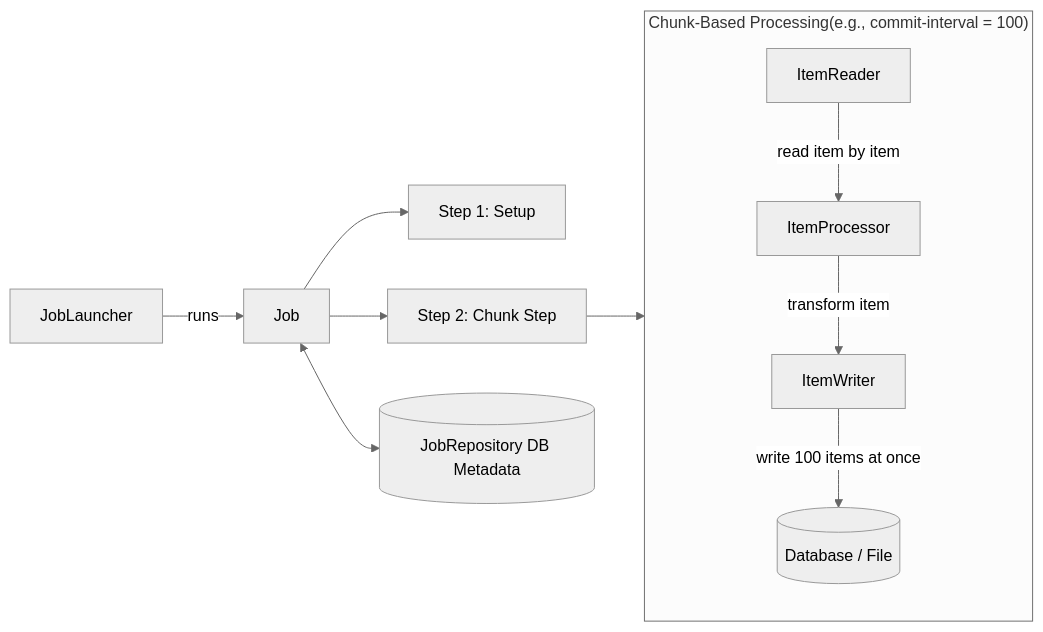
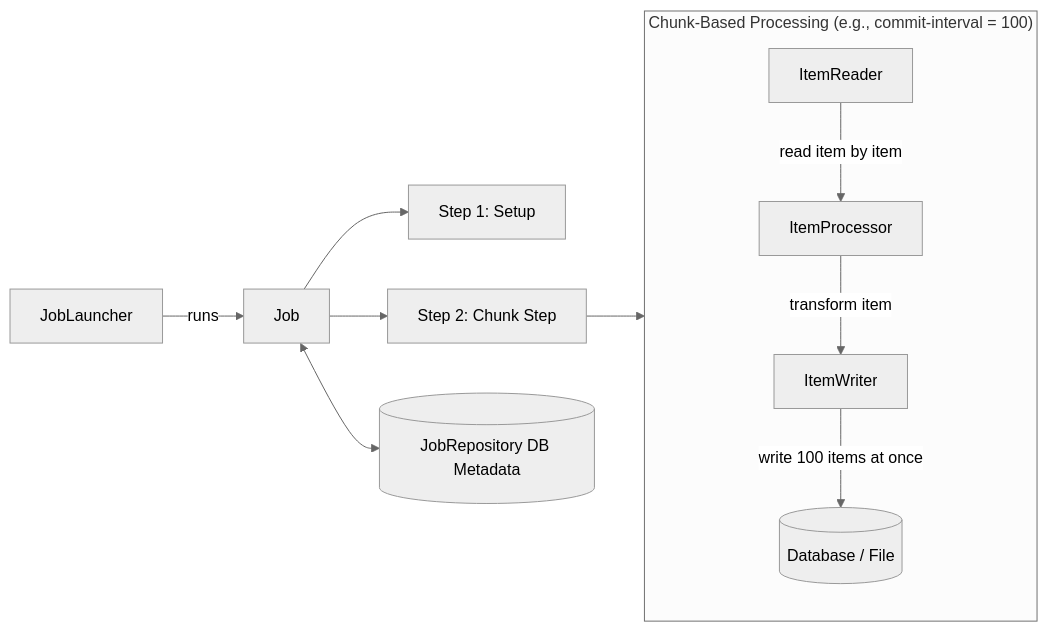
One commit to pploc/swe-icon-the-moment changed the diagram in content/questions/language/java/spring-batch.md. Above: the diagram before and after it, drawn with Mermaid (neutral theme). The commit also changed 95 other files, not shown here.

Commit message:
fix: update the practice mode diagram bug not display

````diff
--- a/content/questions/language/java/spring-batch.md
+++ b/content/questions/language/java/spring-batch.md
@@ -19,18 +19,19 @@
 ```mermaid
 flowchart LR
     JobLauncher["JobLauncher"] -->|runs| Job["Job"]
     Job --> Step1["Step 1: Setup"]
     Job --> Step2["Step 2: Chunk Step"]
     
-    subgraph ChunkStep["Chunk-Based Processing(e.g., commit-interval = 100)"]
+    subgraph ChunkStep ["Chunk-Based Processing (e.g., commit-interval = 100)"]
         Reader["ItemReader"] -->|read item by item| Processor["ItemProcessor"]
         Processor -->|transform item| Writer["ItemWriter"]
         Writer -->|write 100 items at once| DB[("Database / File")]
     end
     
     Step2 --> ChunkStep
     Job <--> JobRepository[("JobRepository DB Metadata")]
 
 
 
+
 ```
````
